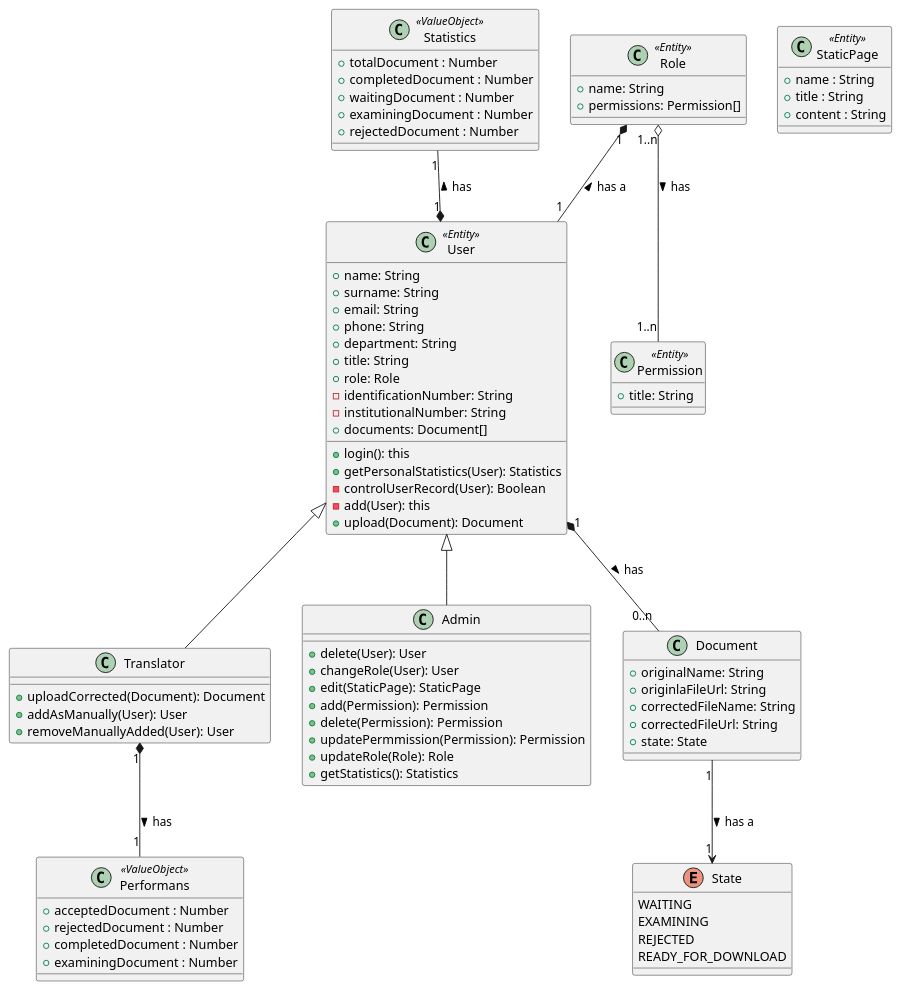
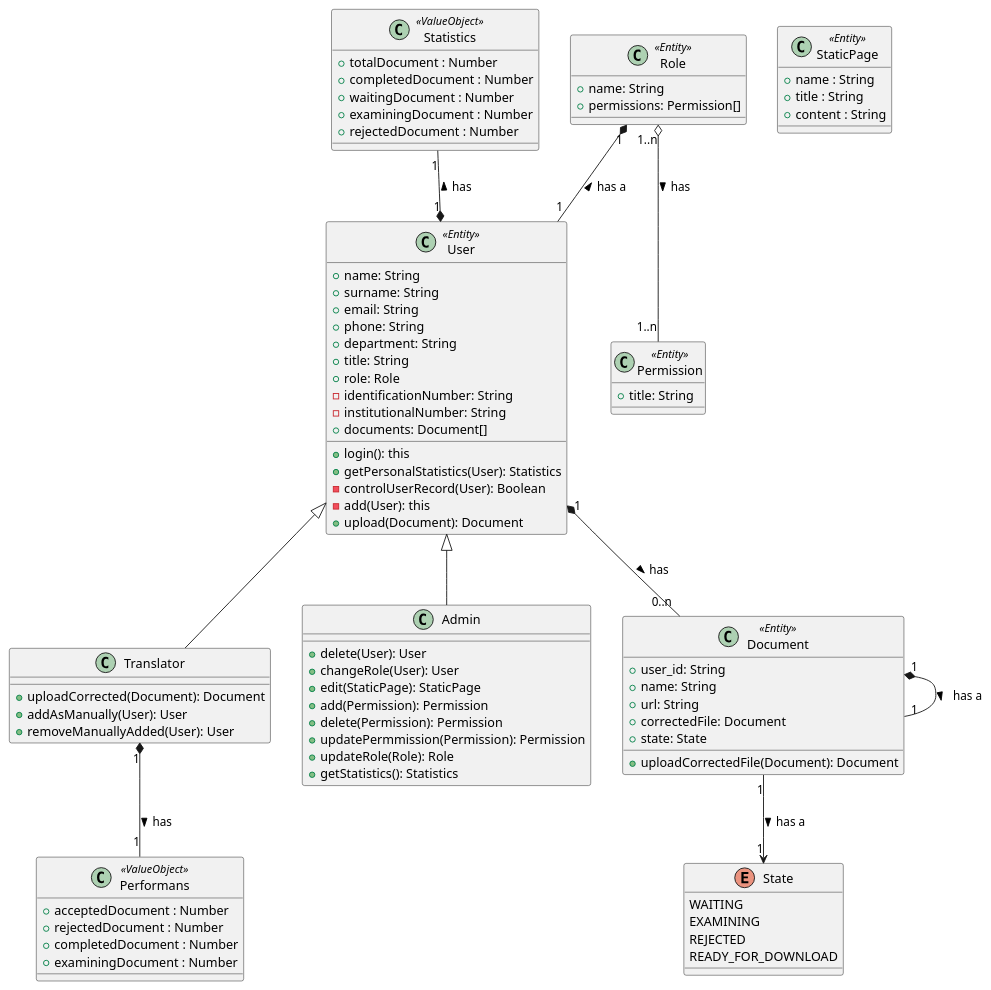
The diagram in class-diagram.puml (uygaraydin/academic-paper-proofreading), drawn with PlantUML before and after one commit. The commit also changed 3 other files, not shown here.

Commit message:
document model was converted entity model as recursive because of correctedDocument field, class diagram was updated

```diff
--- a/class-diagram.puml
+++ b/class-diagram.puml
@@ -1,94 +1,96 @@
 @startuml APP
 
 class User <<Entity>> {
   + name: String
   + surname: String
   + email: String
   + phone: String
   + department: String
   + title: String
   + role: Role
   - identificationNumber: String
   - institutionalNumber: String
   + documents: Document[]
   + login(): this
   + getPersonalStatistics(User): Statistics
   - controlUserRecord(User): Boolean
   - add(User): this
   + upload(Document): Document
 }
 
 class Translator {
   + uploadCorrected(Document): Document
   + addAsManually(User): User
   + removeManuallyAdded(User): User
 }
 
 class Admin {
   + delete(User): User
   + changeRole(User): User
   + edit(StaticPage): StaticPage
   + add(Permission): Permission
   + delete(Permission): Permission
   + updatePermmission(Permission): Permission
   + updateRole(Role): Role
   + getStatistics(): Statistics
 }
 
 class Statistics <<ValueObject>> {
   + totalDocument : Number
   + completedDocument : Number
   + waitingDocument : Number
   + examiningDocument : Number
   + rejectedDocument : Number
 }
 
 class Performans <<ValueObject>> {
   + acceptedDocument : Number
   + rejectedDocument : Number
   + completedDocument : Number
   + examiningDocument : Number
 }
 
 class StaticPage <<Entity>> {
   + name : String
   + title : String
   + content : String
 }
 
-class Document {
-  + originalName: String
-  + originlaFileUrl: String
-  + correctedFileName: String
-  + correctedFileUrl: String
+class Document <<Entity>> {
+  + user_id: String
+  + name: String
+  + url: String
+  + correctedFile: Document
   + state: State
+  + uploadCorrectedFile(Document): Document
 }
 
 class Role <<Entity>> {
   + name: String
   + permissions: Permission[]
 }
 
 class Permission <<Entity>> {
   + title: String
 }
 
 enum State {
   WAITING
   EXAMINING
   REJECTED
   READY_FOR_DOWNLOAD
 }
 
 
 Translator -up-|> User
 Admin -up-|> User
 User "1" *-- "0..n" Document : has >
 Document "1" --> "1" State : has a >
+Document "1" *-- "1" Document : has a >
 Role "1" *-- "1" User : has a <
 Role "1..n" o-- "1..n" Permission : has >
 User "1" *-up- "1" Statistics : has >
 Translator "1" *-- "1" Performans : has >
 
 
 @enduml
```
